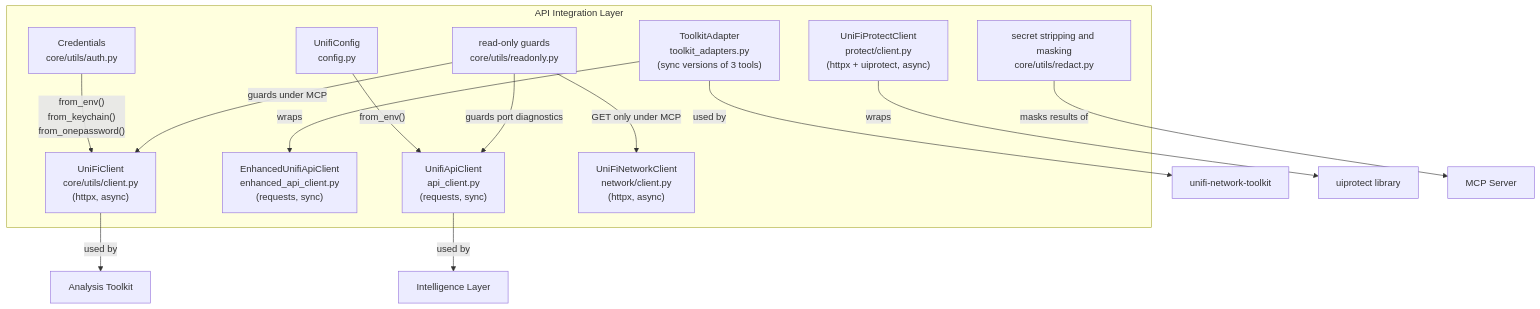
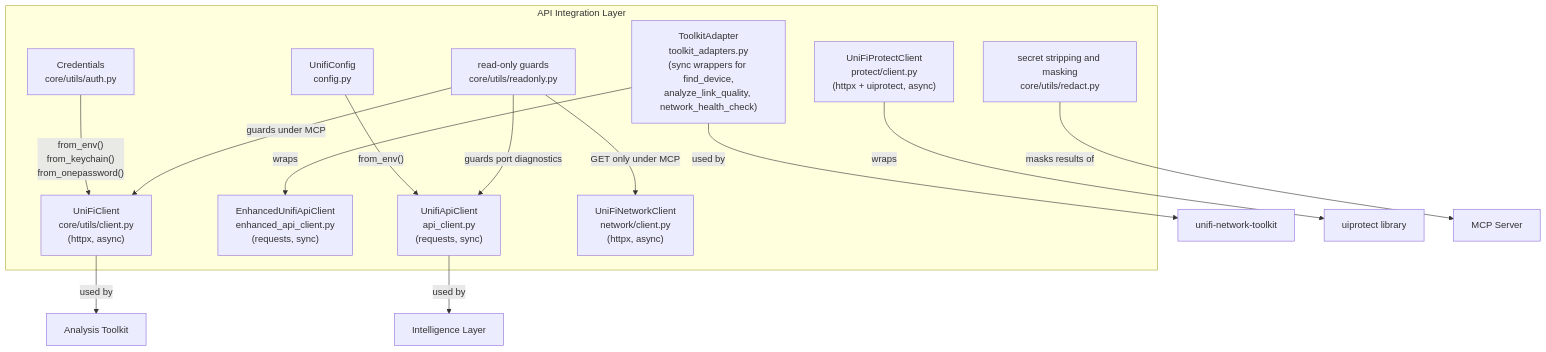
The fourth of 21 diagrams in docs/architecture/architecture-overview.md (NetDevAutomate/unifi_management_cli), drawn with Mermaid before and after one commit. The commit also changed other lines of this file and 4 other files, not shown here.

````diff
--- a/docs/architecture/architecture-overview.md
+++ b/docs/architecture/architecture-overview.md
@@ -452,27 +452,27 @@
 ```mermaid
 graph TD
     subgraph api_layer["API Integration Layer"]
         AC["UnifiApiClient\napi_client.py\n(requests, sync)"]
         EAC["EnhancedUnifiApiClient\nenhanced_api_client.py\n(requests, sync)"]
         PC["UniFiProtectClient\nprotect/client.py\n(httpx + uiprotect, async)"]
         UC["UniFiClient\ncore/utils/client.py\n(httpx, async)"]
         NWC["UniFiNetworkClient\nnetwork/client.py\n(httpx, async)"]
         RO["read-only guards\ncore/utils/readonly.py"]
         RED["secret stripping and masking\ncore/utils/redact.py"]
-        TA["ToolkitAdapter\ntoolkit_adapters.py\n(sync versions of 3 tools)"]
+        TA["ToolkitAdapter\ntoolkit_adapters.py\n(sync wrappers for find_device,\nanalyze_link_quality, network_health_check)"]
         CFG["UnifiConfig\nconfig.py"]
         CRED["Credentials\ncore/utils/auth.py"]
     end
 
     CFG -->|"from_env()"| AC
     CRED -->|"from_env()\nfrom_keychain()\nfrom_onepassword()"| UC
     UC -->|"used by"| AT["Analysis Toolkit"]
     AC -->|"used by"| INT["Intelligence Layer"]
     TA -->|"wraps"| EAC
     TA -->|"used by"| TK["unifi-network-toolkit"]
     PC -->|"wraps"| UIPROTECT["uiprotect library"]
     RO -->|"guards under MCP"| UC
     RO -->|"GET only under MCP"| NWC
     RO -->|"guards port diagnostics"| AC
     RED -->|"masks results of"| MCP["MCP Server"]
 ```
````
